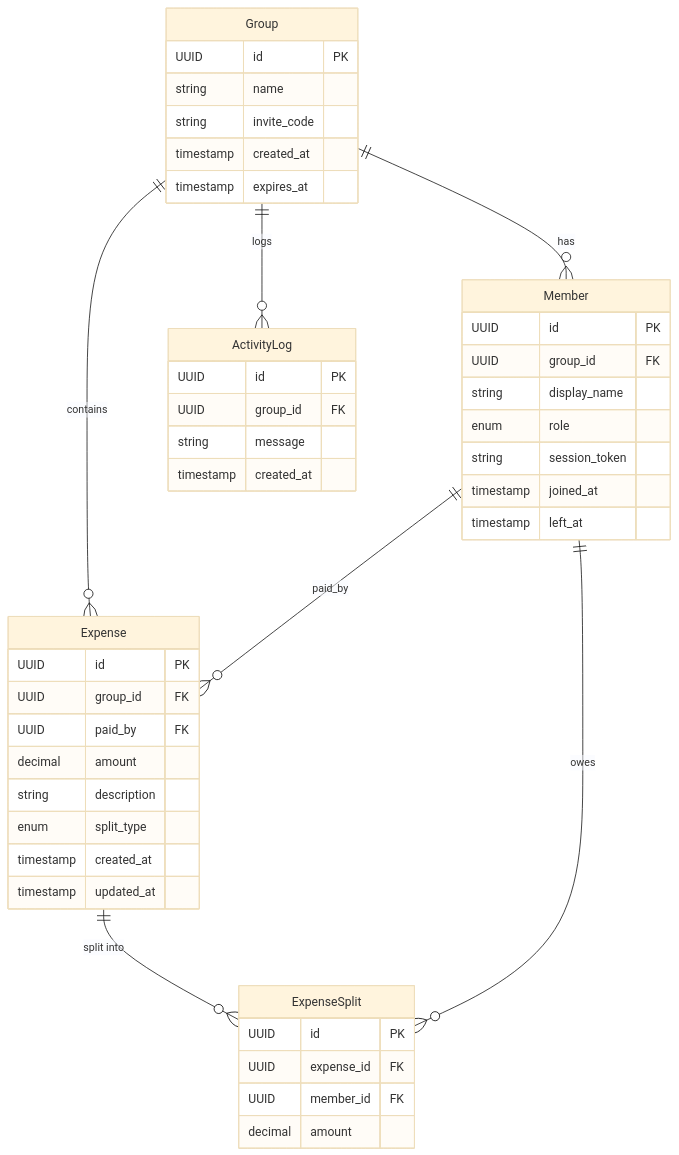
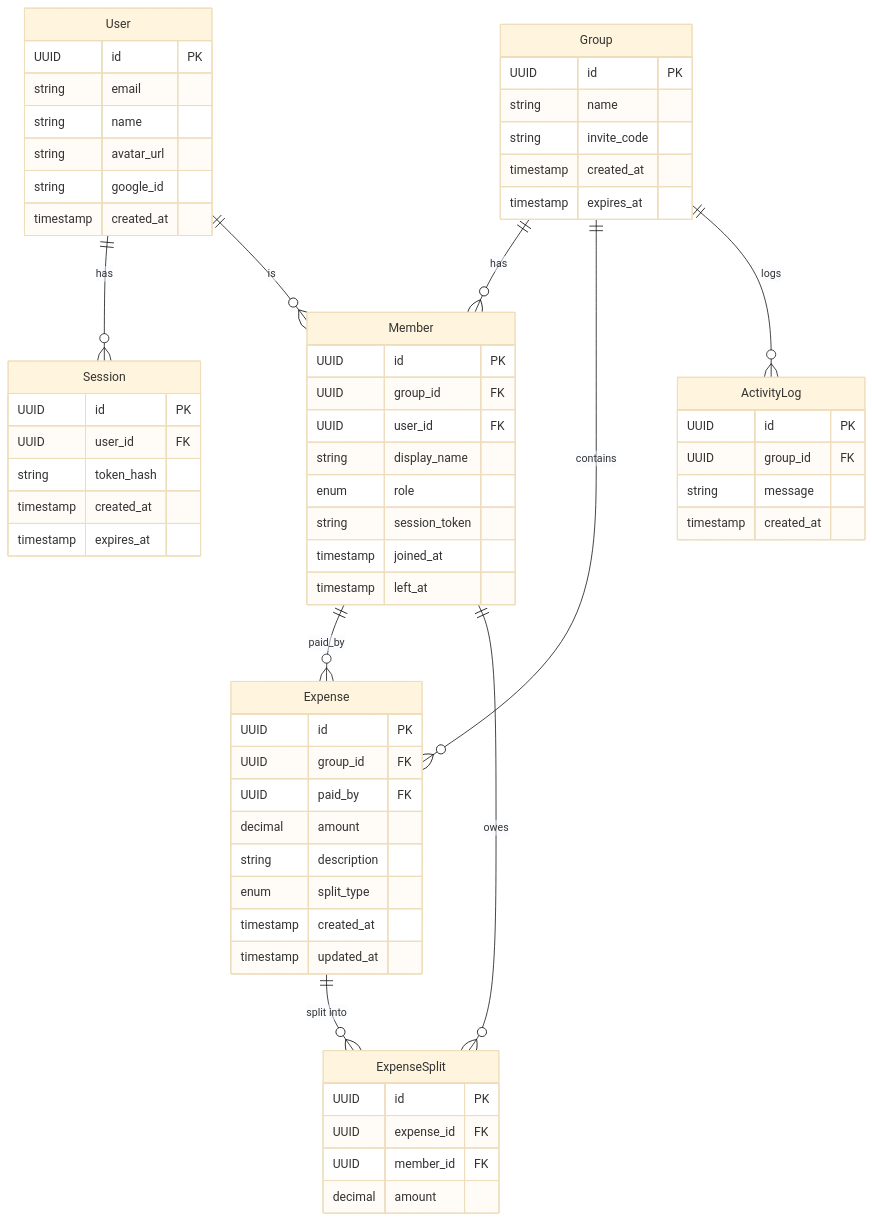
One commit to pkmaster21/split-expenses changed the diagram in docs/design-spec.md. Above: the diagram before and after it, drawn with Mermaid (base theme). The commit also changed other lines of this file and 33 other files, not shown here.

````diff
--- a/docs/design-spec.md
+++ b/docs/design-spec.md
@@ -103,52 +122,72 @@
 ```mermaid
 erDiagram
+    User ||--o{ Session : "has"
+    User ||--o{ Member : "is"
     Group ||--o{ Member : "has"
     Group ||--o{ Expense : "contains"
     Group ||--o{ ActivityLog : "logs"
     Member ||--o{ Expense : "paid_by"
     Expense ||--o{ ExpenseSplit : "split into"
     Member ||--o{ ExpenseSplit : "owes"
+
+    User {
+        UUID id PK
+        string email
+        string name
+        string avatar_url
+        string google_id
+        timestamp created_at
+    }
+
+    Session {
+        UUID id PK
+        UUID user_id FK
+        string token_hash
+        timestamp created_at
+        timestamp expires_at
+    }
 
     Group {
         UUID id PK
         string name
         string invite_code
         timestamp created_at
         timestamp expires_at
     }
 
     Member {
         UUID id PK
         UUID group_id FK
+        UUID user_id FK
         string display_name
         enum role
         string session_token
         timestamp joined_at
         timestamp left_at
     }
 
     Expense {
         UUID id PK
         UUID group_id FK
         UUID paid_by FK
         decimal amount
         string description
         enum split_type
         timestamp created_at
         timestamp updated_at
     }
 
     ExpenseSplit {
         UUID id PK
         UUID expense_id FK
         UUID member_id FK
         decimal amount
     }
 
     ActivityLog {
         UUID id PK
         UUID group_id FK
         string message
         timestamp created_at
     }
 ```
````
